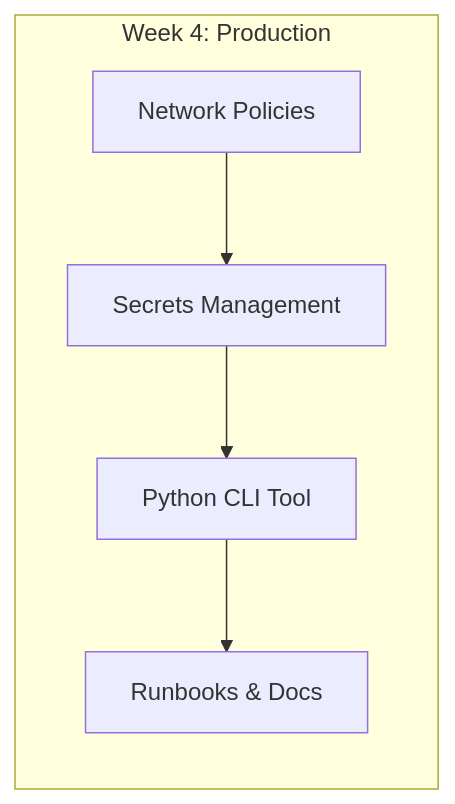
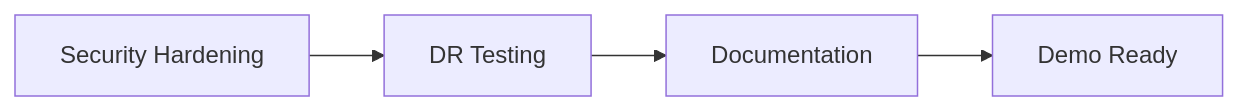
One commit to PearlThoughtsInternship/Internship-Obsidian-Vault changed the tenth of 11 diagrams in DevOps/02-Engineering/01-Architecture.md. Above: the diagram before and after it, drawn with Mermaid. The commit also changed other lines of this file and 1 other file, not shown here.

First line of the commit message:
Rewrite market context and architecture with ContentAI product-first narrative

````diff
--- a/DevOps/02-Engineering/01-Architecture.md
+++ b/DevOps/02-Engineering/01-Architecture.md
@@ -489,8 +407,6 @@
 ```mermaid
 flowchart LR
-    subgraph W4["Week 4: Production"]
-        T13["Network Policies"] --> T14["Secrets Management"]
-        T14 --> T15["Python CLI Tool"]
-        T15 --> T16["Runbooks & Docs"]
-    end
+    T14["Security Hardening"] --> T15["DR Testing"]
+    T15 --> T16["Documentation"]
+    T16 --> T17["Demo Ready"]
 ```
````
